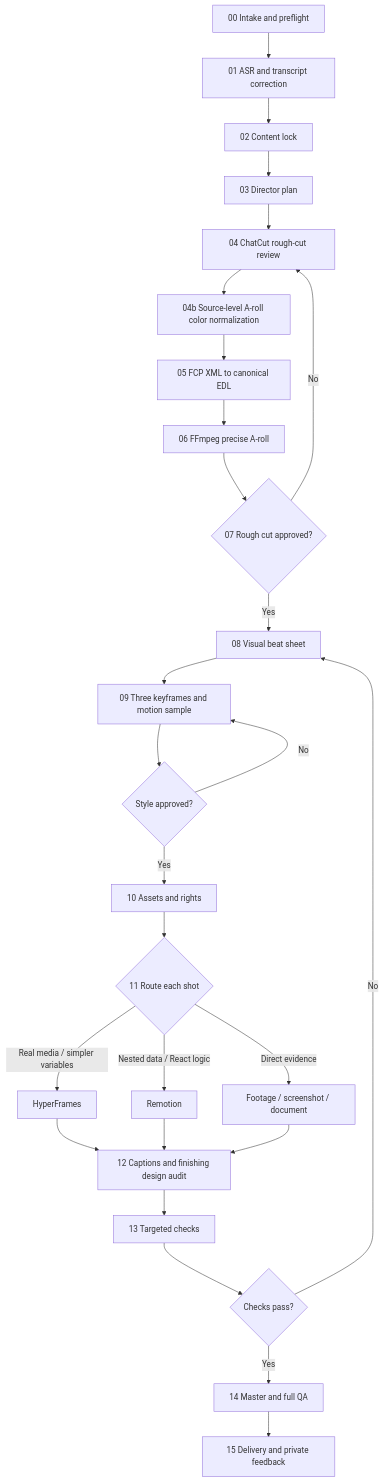
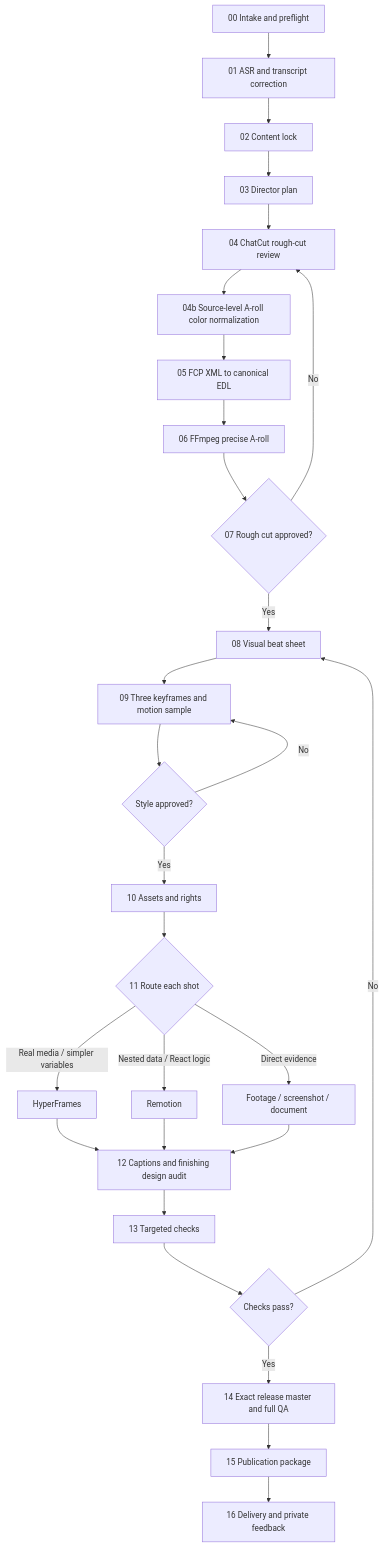
The diagram in skill/ai-video-director/references/workflow.md (yomage-ai/ai-video-director-skill), drawn with Mermaid before and after one commit. The commit also changed other lines of this file and 16 other files, not shown here.

Commit message:
feat: add release master and publication governance

````diff
--- a/skill/ai-video-director/references/workflow.md
+++ b/skill/ai-video-director/references/workflow.md
@@ -16,29 +16,30 @@
 ```mermaid
 flowchart TD
   A["00 Intake and preflight"] --> B["01 ASR and transcript correction"]
   B --> C["02 Content lock"]
   C --> D["03 Director plan"]
   D --> E["04 ChatCut rough-cut review"]
   E --> E2["04b Source-level A-roll color normalization"]
   E2 --> F["05 FCP XML to canonical EDL"]
   F --> G["06 FFmpeg precise A-roll"]
   G --> H{"07 Rough cut approved?"}
   H -->|"No"| E
   H -->|"Yes"| I["08 Visual beat sheet"]
   I --> J["09 Three keyframes and motion sample"]
   J --> K{"Style approved?"}
   K -->|"No"| J
   K -->|"Yes"| L["10 Assets and rights"]
   L --> M{"11 Route each shot"}
   M -->|"Real media / simpler variables"| N["HyperFrames"]
   M -->|"Nested data / React logic"| O["Remotion"]
   M -->|"Direct evidence"| P["Footage / screenshot / document"]
   N --> Q["12 Captions and finishing design audit"]
   O --> Q
   P --> Q
   Q --> R["13 Targeted checks"]
   R --> S{"Checks pass?"}
   S -->|"No"| I
-  S -->|"Yes"| T["14 Master and full QA"]
-  T --> U["15 Delivery and private feedback"]
+  S -->|"Yes"| T["14 Exact release master and full QA"]
+  T --> U["15 Publication package"]
+  U --> V["16 Delivery and private feedback"]
 ```
````
